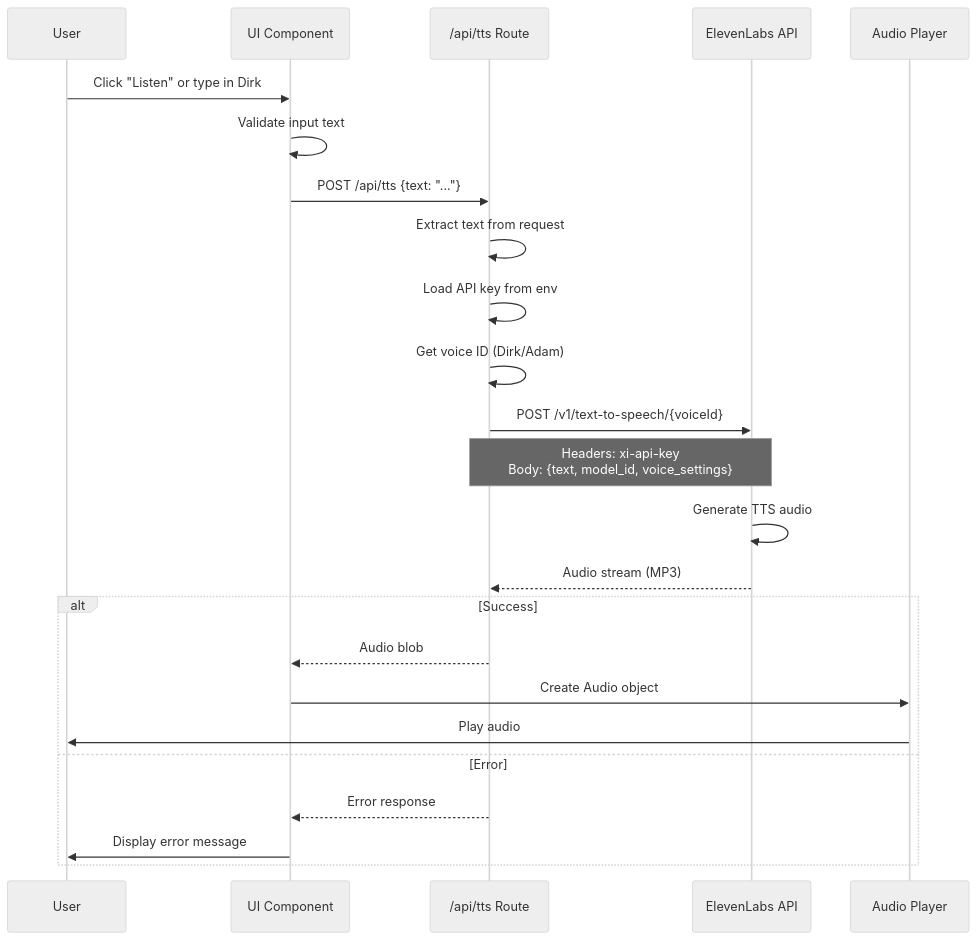
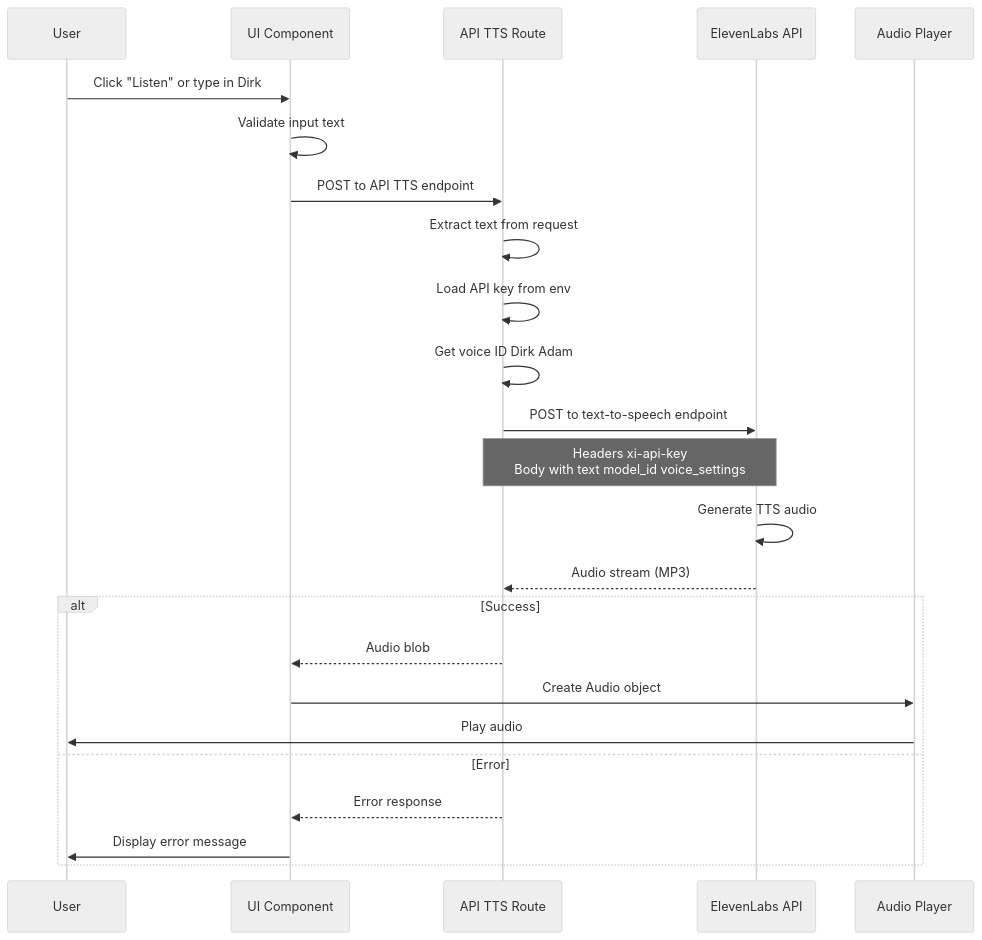
Before and after one commit to manojmallick/ElevenGov: the third of 4 diagrams in ARCHITECTURE.md, drawn with Mermaid (neutral theme). The commit also changed other lines of this file, not shown here.

Commit message:
Fix Mermaid diagram syntax errors for GitHub rendering
- Escape forward slashes and special characters in node labels
- Replace /api/tts with quoted 'API TTS Route'
- Fix Voice ID label to avoid colon and slash
- Update sequence diagram to use valid syntax

````diff
--- a/ARCHITECTURE.md
+++ b/ARCHITECTURE.md
@@ -147,31 +147,31 @@
 ```mermaid
 sequenceDiagram
     participant U as User
     participant UI as UI Component
-    participant API as /api/tts Route
+    participant API as API TTS Route
     participant EL as ElevenLabs API
     participant Browser as Audio Player
     
     U->>UI: Click "Listen" or type in Dirk
     UI->>UI: Validate input text
-    UI->>API: POST /api/tts {text: "..."}
+    UI->>API: POST to API TTS endpoint
     
     API->>API: Extract text from request
     API->>API: Load API key from env
-    API->>API: Get voice ID (Dirk/Adam)
+    API->>API: Get voice ID Dirk Adam
     
-    API->>EL: POST /v1/text-to-speech/{voiceId}
-    Note over API,EL: Headers: xi-api-key<br/>Body: {text, model_id, voice_settings}
+    API->>EL: POST to text-to-speech endpoint
+    Note over API,EL: Headers xi-api-key<br/>Body with text model_id voice_settings
     
     EL->>EL: Generate TTS audio
     EL-->>API: Audio stream (MP3)
     
     alt Success
         API-->>UI: Audio blob
         UI->>Browser: Create Audio object
         Browser->>U: Play audio
     else Error
         API-->>UI: Error response
         UI->>U: Display error message
     end
 ```
````
